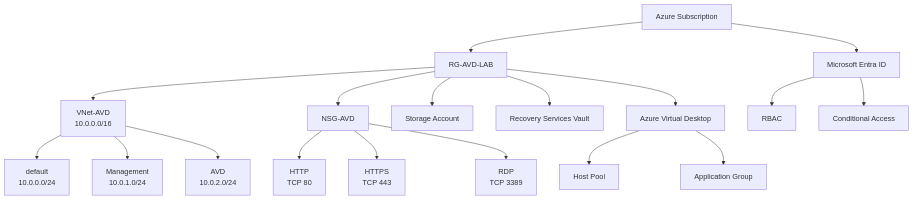
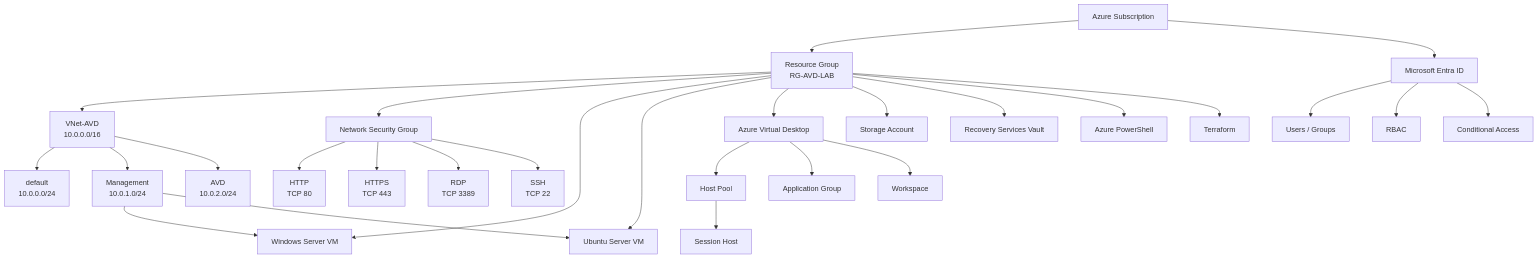
The diagram in README.md (rh03pgm-ship-it/Portfolio2), drawn with Mermaid before and after one commit.

````diff
--- a/README.md
+++ b/README.md
@@ -15,35 +15,46 @@
 ```mermaid
 graph TD
 
     A[Azure Subscription]
 
-    A --> B[RG-AVD-LAB]
+    A --> B[Resource Group<br>RG-AVD-LAB]
 
-    B --> C[VNet-AVD<br>10.0.0.0/16]
+    A --> C[Microsoft Entra ID]
+    C --> C1[Users / Groups]
+    C --> C2[RBAC]
+    C --> C3[Conditional Access]
 
-    C --> D1[default<br>10.0.0.0/24]
-    C --> D2[Management<br>10.0.1.0/24]
-    C --> D3[AVD<br>10.0.2.0/24]
+    B --> D[VNet-AVD<br>10.0.0.0/16]
 
-    B --> E[NSG-AVD]
+    D --> D1[default<br>10.0.0.0/24]
+    D --> D2[Management<br>10.0.1.0/24]
+    D --> D3[AVD<br>10.0.2.0/24]
+
+    B --> E[Network Security Group]
 
     E --> E1[HTTP<br>TCP 80]
     E --> E2[HTTPS<br>TCP 443]
     E --> E3[RDP<br>TCP 3389]
+    E --> E4[SSH<br>TCP 22]
 
-    B --> F[Storage Account]
+    B --> F[Windows Server VM]
+    B --> G[Ubuntu Server VM]
 
-    B --> G[Recovery Services Vault]
+    D2 --> F
+    D2 --> G
 
     B --> H[Azure Virtual Desktop]
 
-    H --> I[Host Pool]
+    H --> H1[Host Pool]
+    H1 --> H2[Session Host]
+    H --> H3[Application Group]
+    H --> H4[Workspace]
 
-    H --> J[Application Group]
+    B --> I[Storage Account]
 
-    A --> K[Microsoft Entra ID]
+    B --> J[Recovery Services Vault]
 
-    K --> L[RBAC]
+    B --> K[Azure PowerShell]
 
-    K --> M[Conditional Access]
+    B --> L[Terraform]
 ```
````
